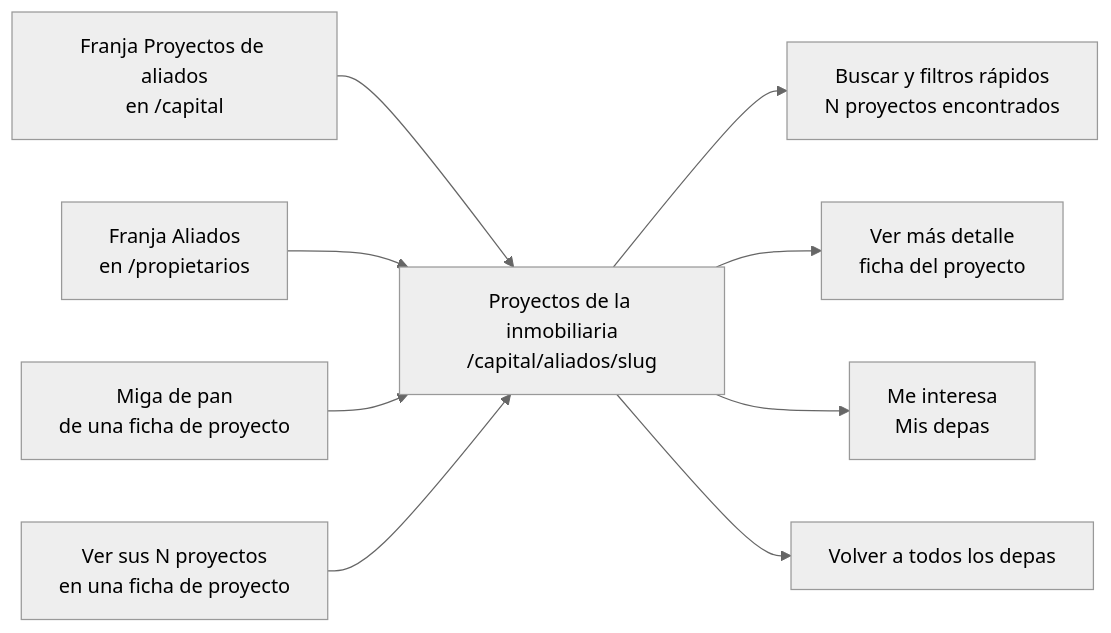
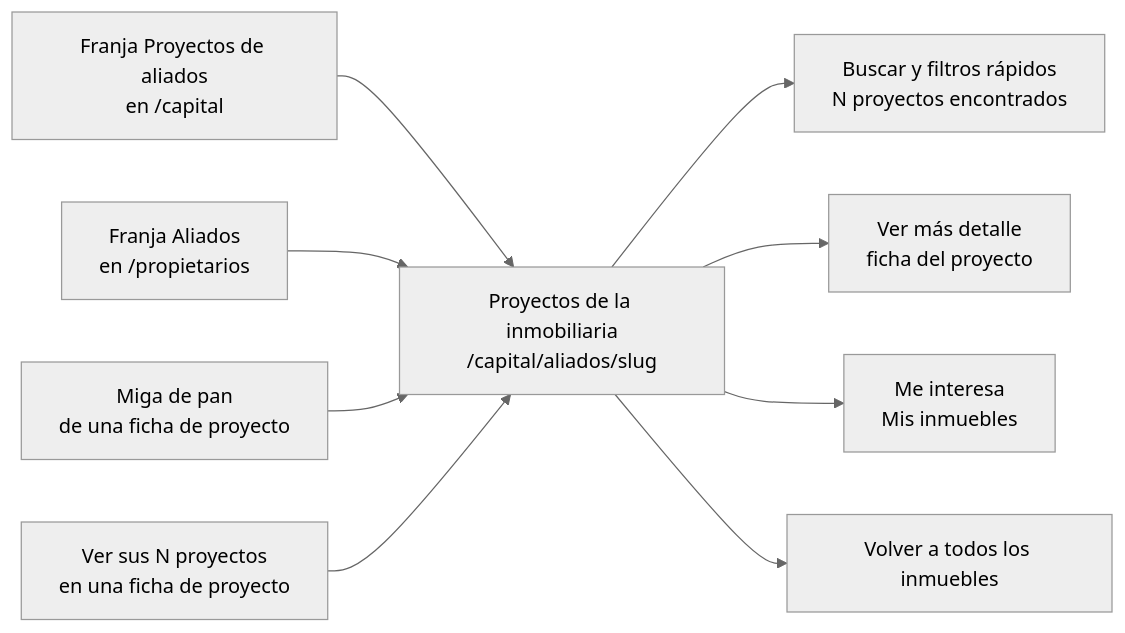
One commit to samirharrytl/DHC_landing changed the seventh of 17 diagrams in docs/plataforma/09-manual-funcional.md. Above: the diagram before and after it, drawn with Mermaid (neutral theme). The commit also changed other lines of this file and 72 other files, not shown here.

First line of the commit message:
Fuente Poppins como depahostperu.com, "Mis depas" pasa a "Mis inmuebles" y cambios en API y panel

````diff
--- a/docs/plataforma/09-manual-funcional.md
+++ b/docs/plataforma/09-manual-funcional.md
@@ -1125,11 +1120,11 @@
 ```mermaid
 flowchart LR
     STRIP["Franja Proyectos de aliados<br/>en /capital"] --> DEV["Proyectos de la inmobiliaria<br/>/capital/aliados/slug"]
     PROP["Franja Aliados<br/>en /propietarios"] --> DEV
     MIGA["Miga de pan<br/>de una ficha de proyecto"] --> DEV
     VER["Ver sus N proyectos<br/>en una ficha de proyecto"] --> DEV
     DEV --> BUSCA["Buscar y filtros rápidos<br/>N proyectos encontrados"]
     DEV --> DET["Ver más detalle<br/>ficha del proyecto"]
-    DEV --> MI["Me interesa<br/>Mis depas"]
-    DEV --> VOLVER["Volver a todos los depas"]
+    DEV --> MI["Me interesa<br/>Mis inmuebles"]
+    DEV --> VOLVER["Volver a todos los inmuebles"]
 ```
````
